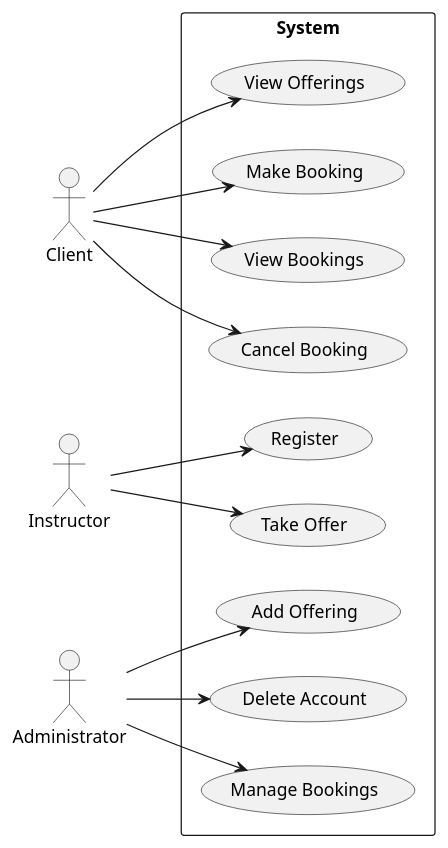
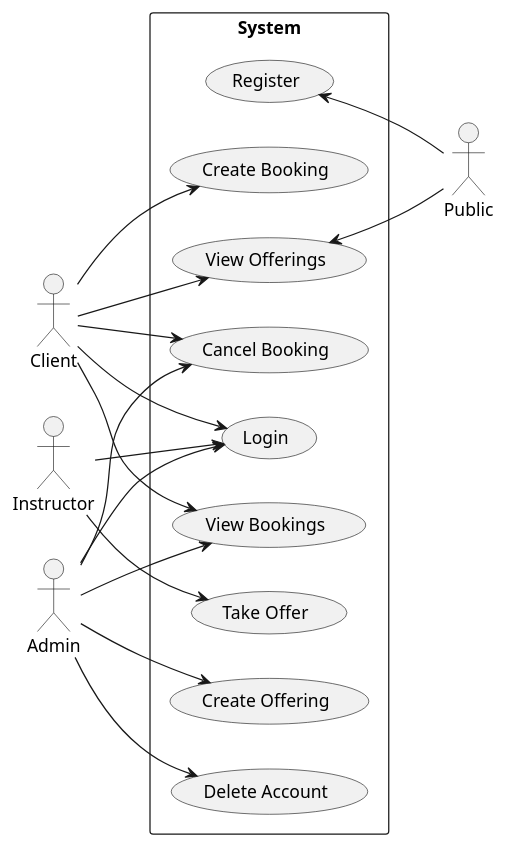
One commit to NathanGrenier/SOEN-342-Project changed the diagram in diagrams/src/use-case-diagram.pu. Above: the diagram before and after it, drawn with PlantUML. The commit also changed 6 other files, not shown here.

Commit message:
3: Reviewed existing diagrams and refined them. (ERD, Use-Case, Domain)

```diff
--- a/diagrams/src/use-case-diagram.pu
+++ b/diagrams/src/use-case-diagram.pu
@@ -1,33 +1,42 @@
 @startuml Use Case Diagram
 left to right direction
+' skinparam linetype ortho
 
-actor Client as Cli
-actor Instructor as Inst
-actor Administrator as Ad
+
+actor Public
+actor Client
+actor Instructor
+actor Admin
 
 rectangle System {
-usecase "View Offerings" as ViewOfferings
-usecase "Make Booking" as MakeBooking
-usecase "View Bookings" as ViewBookings
-usecase "Cancel Booking" as CancelBooking
-usecase "Register" as Register
-usecase "Take Offer" as TakeOffer
-usecase "Add Offering" as AddOffer
-usecase "Delete Account" as Delete
-usecase "Manage Bookings" as Manage
+    usecase "Register" as Register
+    usecase "Take Offer" as TakeOffer
+    usecase "View Offerings" as ViewOfferings
+    usecase "Login" as Login
+    usecase "Create Booking" as CreateBooking
+    usecase "Cancel Booking" as CancelBooking
+    usecase "View Bookings" as ViewBookings
+    usecase "Cancel Booking" as CancelBooking
+    usecase "Delete Account" as DeleteAccount
+    usecase "Create Offering" as CreateOffer
 }
 
+ViewOfferings <-- Public
+Register <-- Public
 
-Cli --> MakeBooking
-Cli --> ViewBookings
-Cli --> CancelBooking
-Cli --> ViewOfferings
+Client --> Login
+Client --> ViewOfferings
+Client --> CreateBooking
+Client --> ViewBookings
+Client --> CancelBooking
 
-Inst --> Register
-Inst --> TakeOffer
+Instructor --> Login
+Instructor --> TakeOffer
 
-Ad --> AddOffer
-Ad --> Delete
-Ad --> Manage
+Admin --> Login
+Admin --> CreateOffer
+Admin --> DeleteAccount
+Admin --> ViewBookings
+Admin --> CancelBooking
 
 @enduml
```
